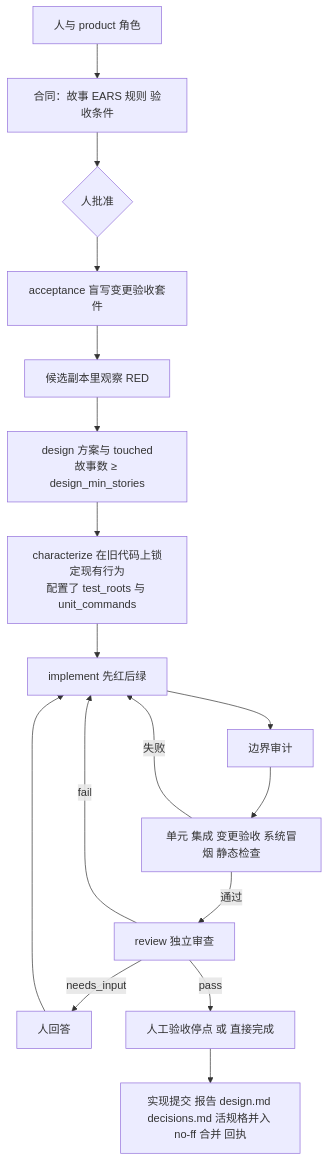
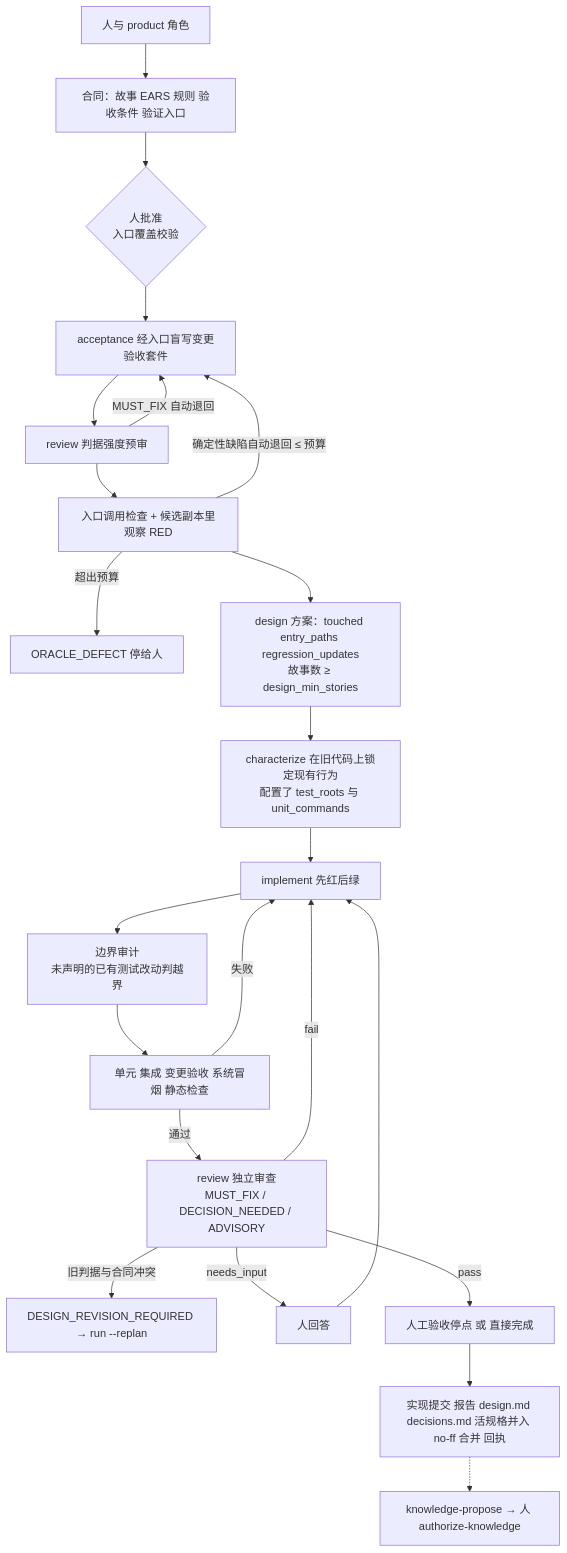
The diagram in docs/architecture.md (jinlin725168-ai/storyloop), drawn with Mermaid before and after one commit. The commit also changed other lines of this file and 4 other files, not shown here.

````diff
--- a/docs/architecture.md
+++ b/docs/architecture.md
@@ -11,19 +22,25 @@
 ```mermaid
 flowchart TD
-    U[人与 product 角色] --> C[合同：故事 EARS 规则 验收条件]
-    C --> H{人批准}
-    H --> A[acceptance 盲写变更验收套件]
-    A --> R[候选副本里观察 RED]
-    R --> D[design 方案与 touched<br/>故事数 ≥ design_min_stories]
+    U[人与 product 角色] --> C[合同：故事 EARS 规则 验收条件 验证入口]
+    C --> H{人批准<br/>入口覆盖校验}
+    H --> A[acceptance 经入口盲写变更验收套件]
+    A --> P[review 判据强度预审]
+    P -->|MUST_FIX 自动退回| A
+    P --> R[入口调用检查 + 候选副本里观察 RED]
+    R -->|确定性缺陷自动退回 ≤ 预算| A
+    R -->|超出预算| O[ORACLE_DEFECT 停给人]
+    R --> D[design 方案：touched entry_paths regression_updates<br/>故事数 ≥ design_min_stories]
     D --> K[characterize 在旧代码上锁定现有行为<br/>配置了 test_roots 与 unit_commands]
     K --> I[implement 先红后绿]
-    I --> B[边界审计]
+    I --> B[边界审计<br/>未声明的已有测试改动判越界]
     B --> V[单元 集成 变更验收 系统冒烟 静态检查]
     V -->|失败| I
-    V -->|通过| W[review 独立审查]
+    V -->|通过| W[review 独立审查<br/>MUST_FIX / DECISION_NEEDED / ADVISORY]
     W -->|fail| I
+    W -->|旧判据与合同冲突| X[DESIGN_REVISION_REQUIRED → run --replan]
     W -->|needs_input| Q[人回答]
     Q --> I
     W -->|pass| M[人工验收停点 或 直接完成]
     M --> F[实现提交 报告 design.md decisions.md 活规格并入 no-ff 合并 回执]
+    F -.-> KP[knowledge-propose → 人 authorize-knowledge]
 ```
````
